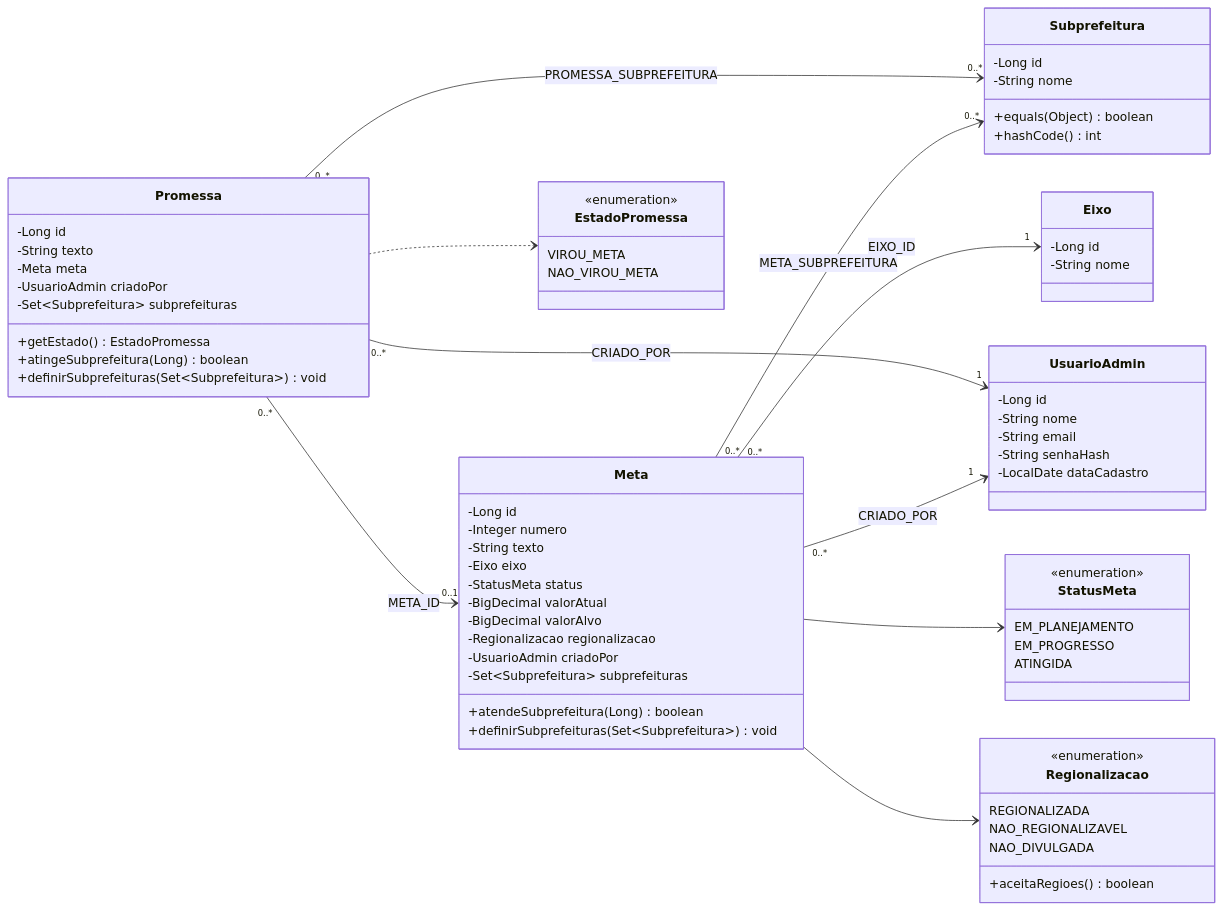
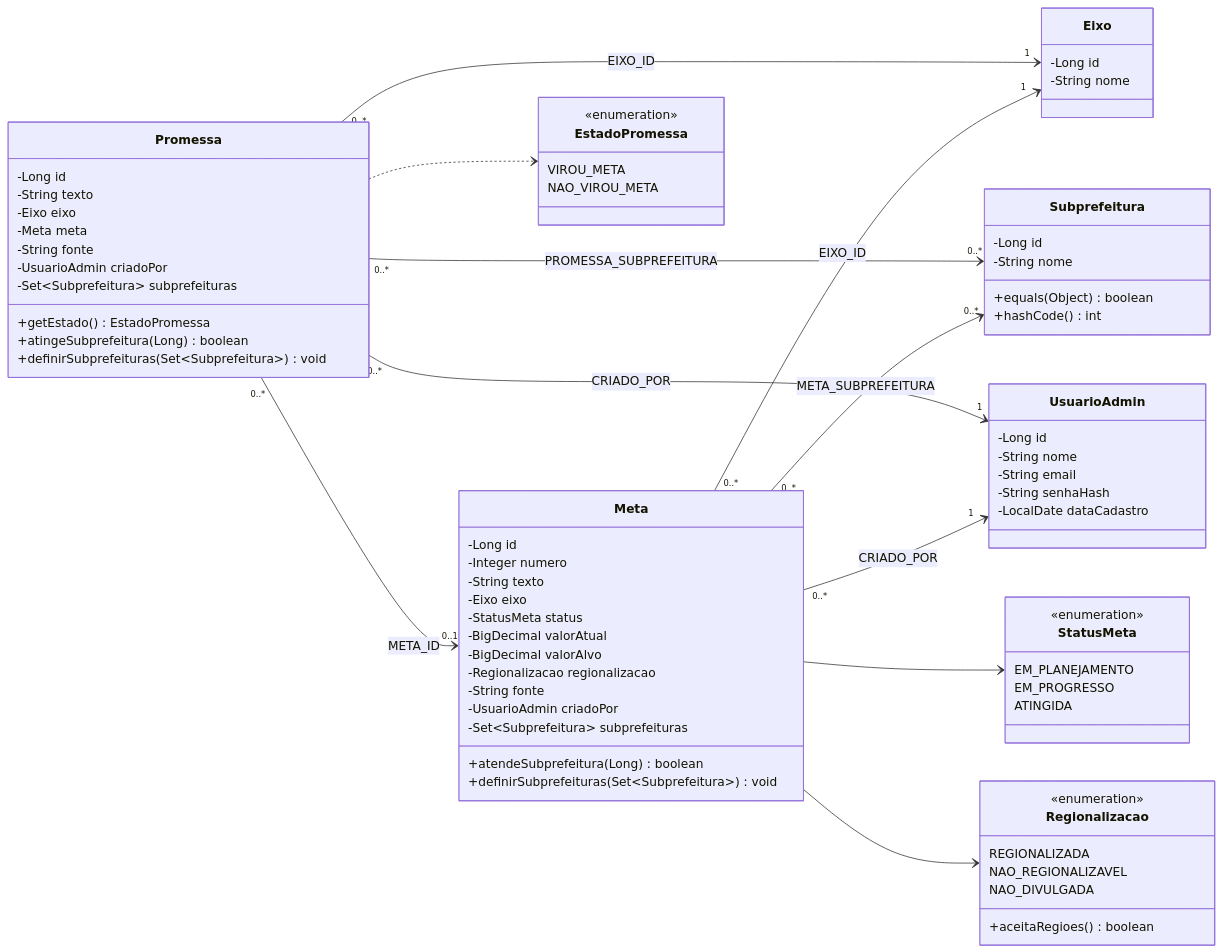
The diagram in docs/diagramas/classes_modelo.mmd (ArthurDev4/pra-todos-sp-java), drawn with Mermaid before and after one commit. The commit also changed 46 other files, not shown here.

```diff
--- a/docs/diagramas/classes_modelo.mmd
+++ b/docs/diagramas/classes_modelo.mmd
@@ -1,70 +1,74 @@
 classDiagram
     direction LR
     class Promessa {
         -Long id
         -String texto
+        -Eixo eixo
         -Meta meta
+        -String fonte
         -UsuarioAdmin criadoPor
         -Set~Subprefeitura~ subprefeituras
         +getEstado() EstadoPromessa
         +atingeSubprefeitura(Long) boolean
         +definirSubprefeituras(Set~Subprefeitura~) void
     }
     class Meta {
         -Long id
         -Integer numero
         -String texto
         -Eixo eixo
         -StatusMeta status
         -BigDecimal valorAtual
         -BigDecimal valorAlvo
         -Regionalizacao regionalizacao
+        -String fonte
         -UsuarioAdmin criadoPor
         -Set~Subprefeitura~ subprefeituras
         +atendeSubprefeitura(Long) boolean
         +definirSubprefeituras(Set~Subprefeitura~) void
     }
     class Subprefeitura {
         -Long id
         -String nome
         +equals(Object) boolean
         +hashCode() int
     }
     class Eixo {
         -Long id
         -String nome
     }
     class UsuarioAdmin {
         -Long id
         -String nome
         -String email
         -String senhaHash
         -LocalDate dataCadastro
     }
     class StatusMeta {
         <<enumeration>>
         EM_PLANEJAMENTO
         EM_PROGRESSO
         ATINGIDA
     }
     class Regionalizacao {
         <<enumeration>>
         REGIONALIZADA
         NAO_REGIONALIZAVEL
         NAO_DIVULGADA
         +aceitaRegioes() boolean
     }
     class EstadoPromessa {
         <<enumeration>>
         VIROU_META
         NAO_VIROU_META
     }
+    Promessa "0..*" --> "1" Eixo : EIXO_ID
     Promessa "0..*" --> "0..1" Meta : META_ID
     Promessa "0..*" --> "0..*" Subprefeitura : PROMESSA_SUBPREFEITURA
     Promessa "0..*" --> "1" UsuarioAdmin : CRIADO_POR
     Meta "0..*" --> "0..*" Subprefeitura : META_SUBPREFEITURA
     Meta "0..*" --> "1" Eixo : EIXO_ID
     Meta "0..*" --> "1" UsuarioAdmin : CRIADO_POR
     Promessa ..> EstadoPromessa
     Meta --> StatusMeta
     Meta --> Regionalizacao
```
